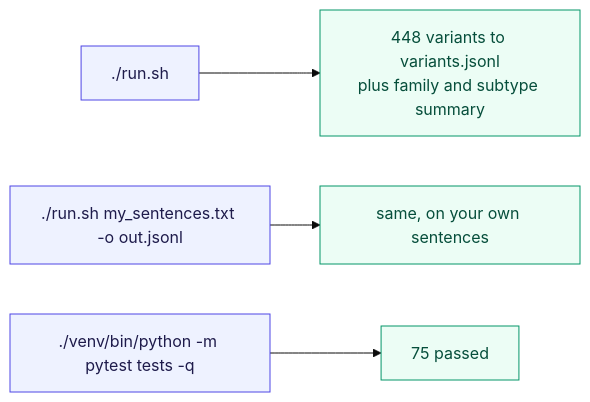
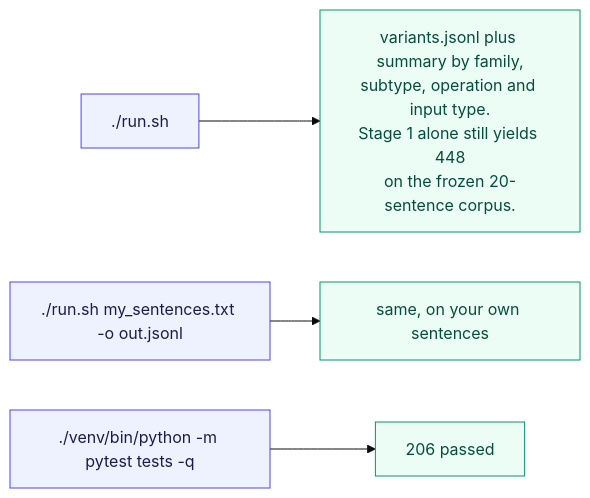
Before and after one commit to aryansharma2k4/negation-evaluation: the sixth of 6 diagrams in docs/status.md, drawn with Mermaid (base theme). The commit also changed other lines of this file, not shown here.

Commit message:
Update status doc for the arbitrary-input layer

````diff
--- a/docs/status.md
+++ b/docs/status.md
@@ -115,11 +152,11 @@
 ```mermaid
 flowchart LR
-    CMD1["./run.sh"] --> OUT1["448 variants to variants.jsonl<br/>plus family and subtype summary"]
+    CMD1["./run.sh"] --> OUT1["variants.jsonl plus summary by family,<br/>subtype, operation and input type.<br/>Stage 1 alone still yields 448<br/>on the frozen 20-sentence corpus."]
     CMD2["./run.sh my_sentences.txt -o out.jsonl"] --> OUT2["same, on your own sentences"]
-    CMD3["./venv/bin/python -m pytest tests -q"] --> OUT3["75 passed"]
+    CMD3["./venv/bin/python -m pytest tests -q"] --> OUT3["206 passed"]
 
     classDef cmd fill:#eef2ff,stroke:#4f46e5,color:#1e1b4b
     classDef done fill:#ecfdf5,stroke:#059669,color:#064e3b
     class CMD1,CMD2,CMD3 cmd
     class OUT1,OUT2,OUT3 done
 ```
````
